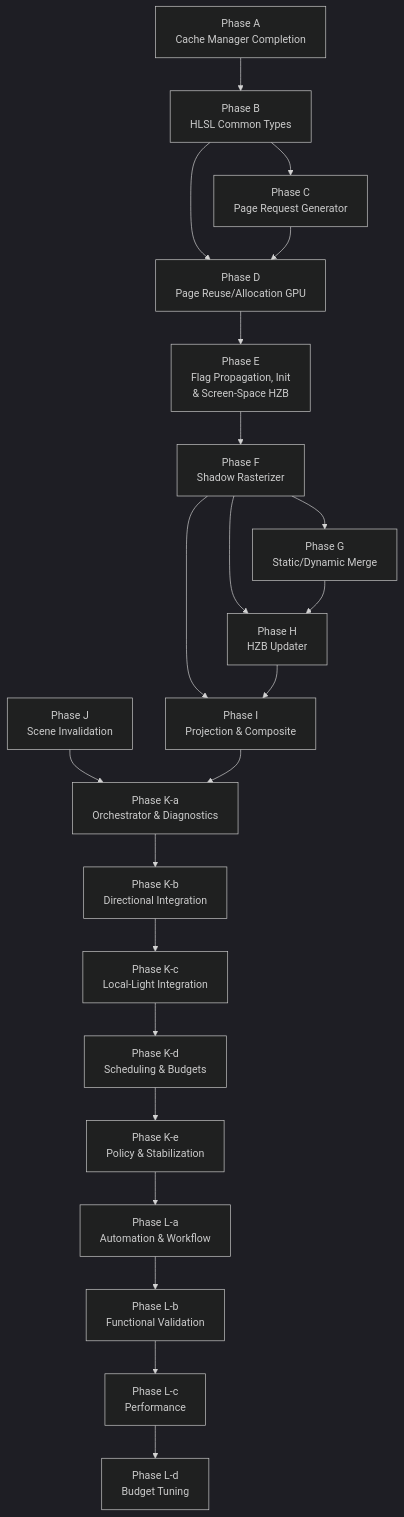
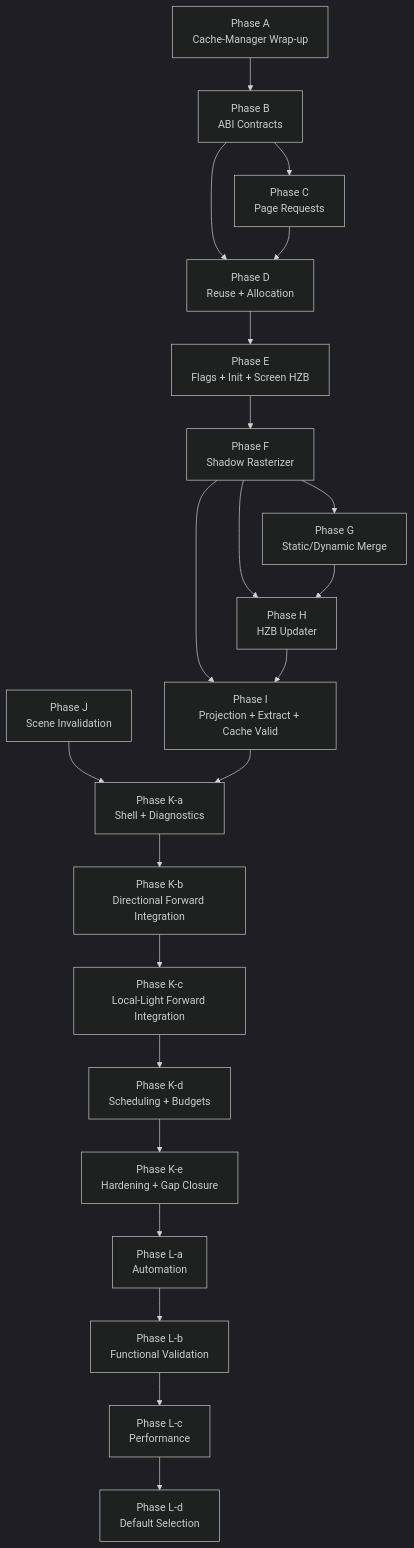
The diagram in projects/Oxygen.Engine/design/VsmImplementationPlan.md (abdes/DroidNet), drawn with Mermaid (dark theme) before and after one commit. The commit also changed other lines of this file, not shown here.

````diff
--- a/projects/Oxygen.Engine/design/VsmImplementationPlan.md
+++ b/projects/Oxygen.Engine/design/VsmImplementationPlan.md
@@ -1771,24 +752,24 @@
 ```mermaid
 flowchart TD
-    A["Phase A<br>Cache Manager Completion"] --> B["Phase B<br>HLSL Common Types"]
-    B --> C["Phase C<br>Page Request Generator"]
-    B --> D["Phase D<br>Page Reuse/Allocation GPU"]
+    A["Phase A<br>Cache-Manager Wrap-up"] --> B["Phase B<br>ABI Contracts"]
+    B --> C["Phase C<br>Page Requests"]
+    B --> D["Phase D<br>Reuse + Allocation"]
     C --> D
-    D --> E["Phase E<br>Flag Propagation, Init<br>& Screen-Space HZB"]
+    D --> E["Phase E<br>Flags + Init + Screen HZB"]
     E --> F["Phase F<br>Shadow Rasterizer"]
     F --> G["Phase G<br>Static/Dynamic Merge"]
     F --> H["Phase H<br>HZB Updater"]
     G --> H
-    F --> I["Phase I<br>Projection & Composite"]
+    F --> I["Phase I<br>Projection + Extract + Cache Valid"]
     H --> I
     J["Phase J<br>Scene Invalidation"] --> Ka
-    I --> Ka["Phase K-a<br>Orchestrator & Diagnostics"]
-    Ka --> Kb["Phase K-b<br>Directional Integration"]
-    Kb --> Kc["Phase K-c<br>Local-Light Integration"]
-    Kc --> Kd["Phase K-d<br>Scheduling & Budgets"]
-    Kd --> Ke["Phase K-e<br>Policy & Stabilization"]
-    Ke --> La["Phase L-a<br>Automation & Workflow"]
+    I --> Ka["Phase K-a<br>Shell + Diagnostics"]
+    Ka --> Kb["Phase K-b<br>Directional Forward Integration"]
+    Kb --> Kc["Phase K-c<br>Local-Light Forward Integration"]
+    Kc --> Kd["Phase K-d<br>Scheduling + Budgets"]
+    Kd --> Ke["Phase K-e<br>Hardening + Gap Closure"]
+    Ke --> La["Phase L-a<br>Automation"]
     La --> Lb["Phase L-b<br>Functional Validation"]
     Lb --> Lc["Phase L-c<br>Performance"]
-    Lc --> Ld["Phase L-d<br>Budget Tuning"]
+    Lc --> Ld["Phase L-d<br>Default Selection"]
 ```
````
